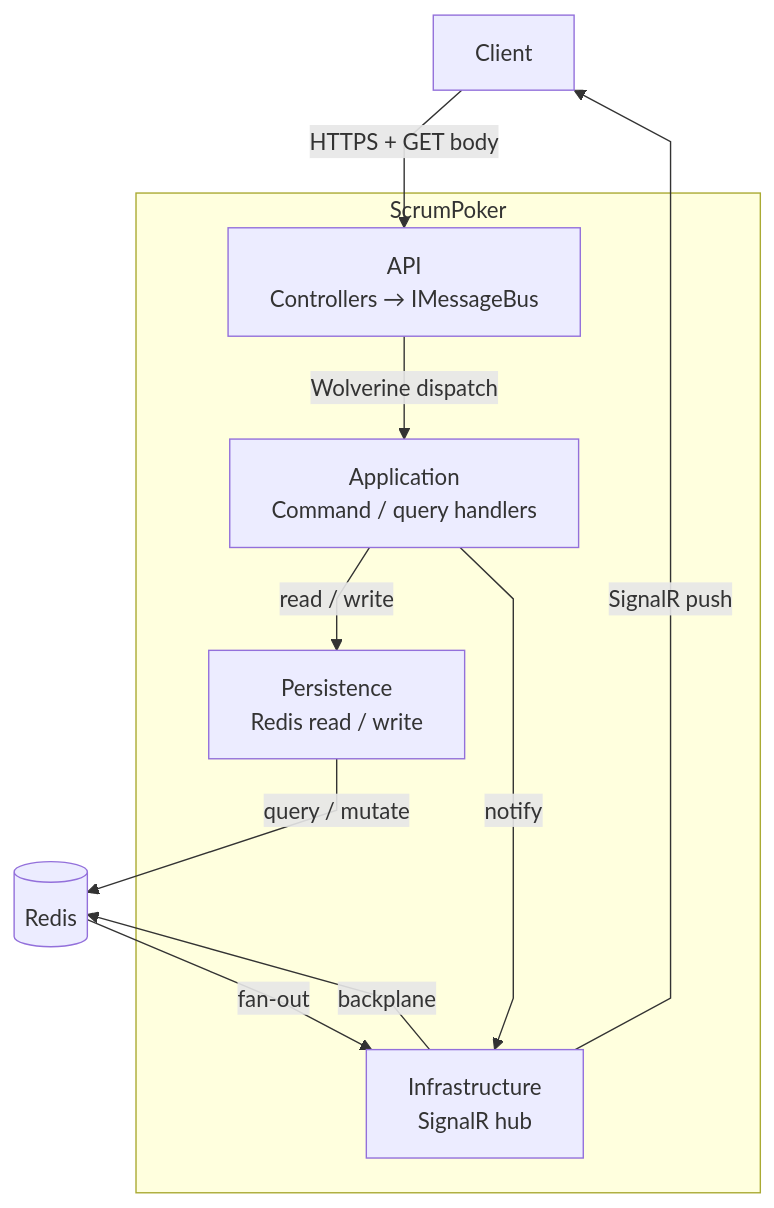
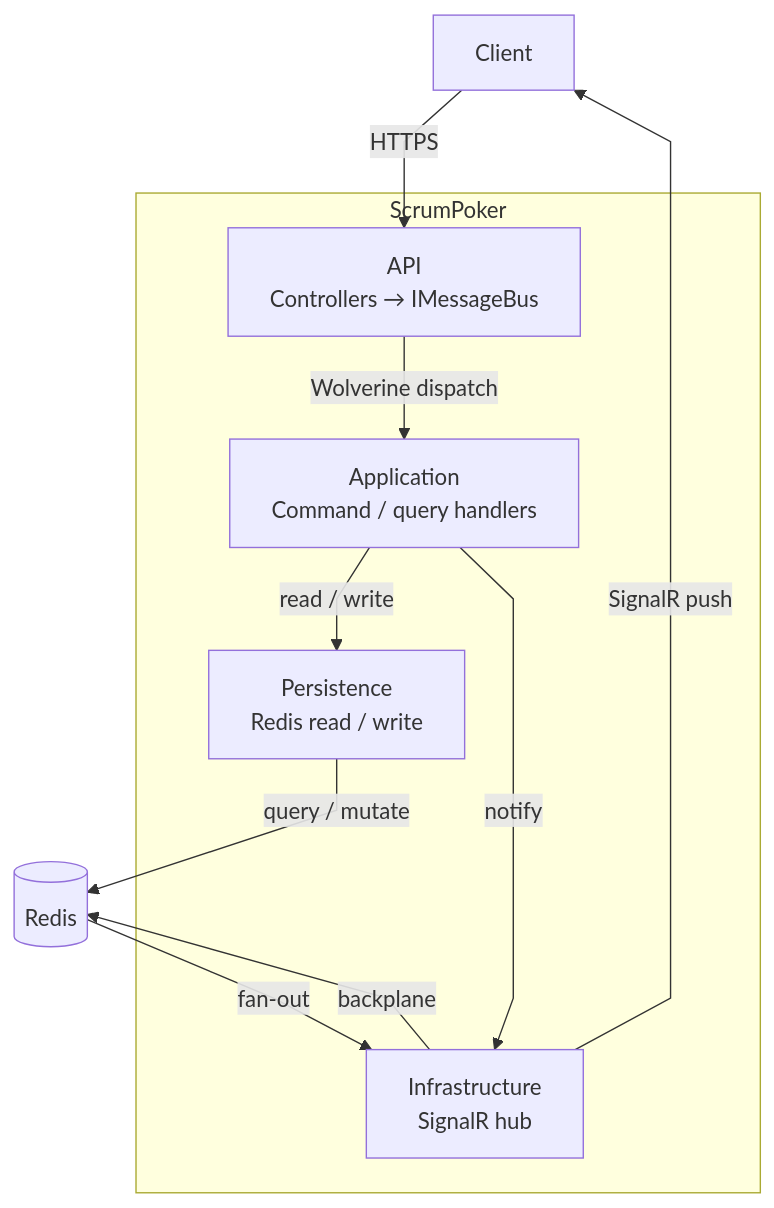
Before and after one commit to spicycoder/scrum-poker: the second of 2 diagrams in docs/design.md, drawn with Mermaid. The commit also changed 3 other files, not shown here.

````diff
--- a/docs/design.md
+++ b/docs/design.md
@@ -20,24 +20,24 @@
 ```mermaid
 %%{init: {'flowchart': {'curve': 'linear'}}}%%
 flowchart TD
     Client
 
-    Client -->|HTTPS + GET body| API
+    Client -->|HTTPS| API
 
     API -->|Wolverine dispatch| Application
 
     Application -->|read / write| Persistence
     Application -->|notify| Infrastructure
 
     Persistence -->|query / mutate| Redis[(Redis)]
     Infrastructure -->|backplane| Redis
     Redis -->|fan-out| Infrastructure
     Infrastructure -->|SignalR push| Client
 
     subgraph ScrumPoker
         API["API\nControllers → IMessageBus"]
         Application["Application\nCommand / query handlers"]
         Persistence["Persistence\nRedis read / write"]
         Infrastructure["Infrastructure\nSignalR hub"]
     end
 ```
````
